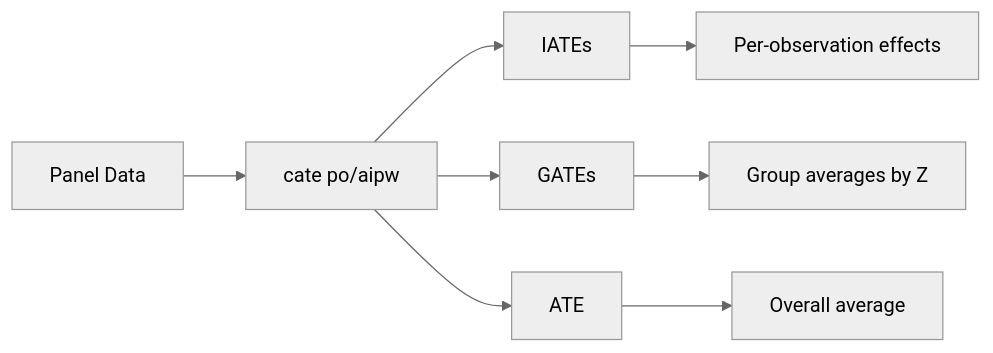
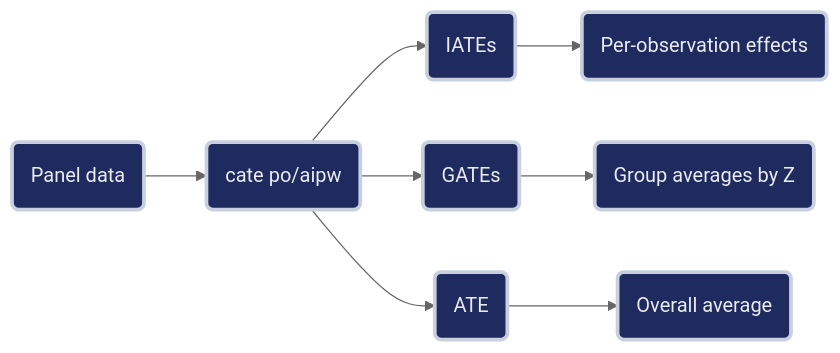
Before and after one commit to cmg777/starter-academic-v501: the diagram in content/post/stata_cate2/references/tutorial-cate-resource-curse.qmd, drawn with Mermaid (neutral theme). The commit also changed other lines of this file and 42 other files, not shown here.

First line of the commit message:
content(mermaid): restyle Mermaid copies in tutorial sources and the LaLonde slide deck

````diff
--- a/content/post/stata_cate2/references/tutorial-cate-resource-curse.qmd
+++ b/content/post/stata_cate2/references/tutorial-cate-resource-curse.qmd
@@ -94,11 +94,13 @@
 ```{mermaid}
 %%| fig-cap: "Hierarchy of treatment effect estimates from Stata 19's `cate` command"
 flowchart LR
-    A[Panel Data] --> B[cate po/aipw]
-    B --> C[IATEs]
-    B --> D[GATEs]
-    B --> E[ATE]
-    C --> F[Per-observation effects]
-    D --> G[Group averages by Z]
-    E --> H[Overall average]
+    A("Panel data") --> B("cate po/aipw")
+    B --> C("IATEs")
+    B --> D("GATEs")
+    B --> E("ATE")
+    C --> F("Per-observation effects")
+    D --> G("Group averages by Z")
+    E --> H("Overall average")
+    classDef gray fill:#1f2b5e,stroke:#c8d0e0,stroke-width:3px,color:#e8ecf2
+    class A,B,C,D,E,F,G,H gray
 ```
````
